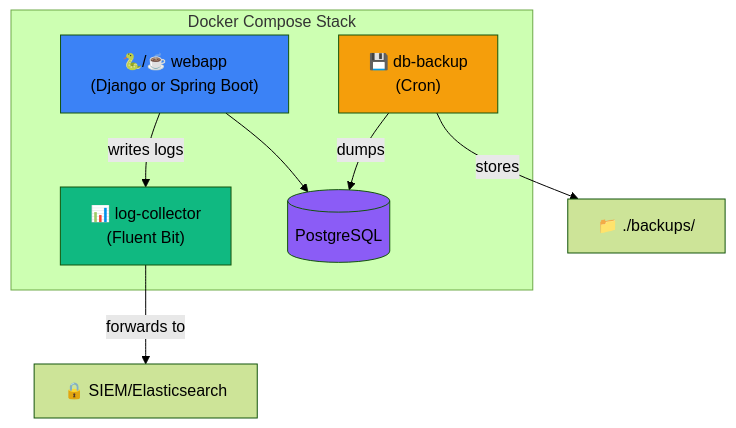
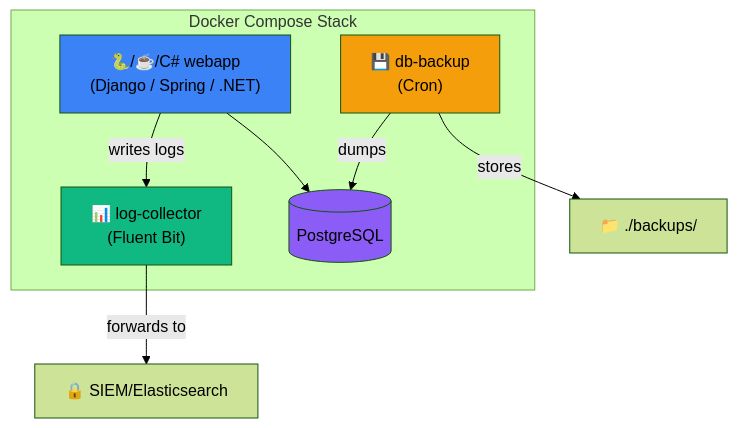
Before and after one commit to nis2shield/infrastructure: the first of 2 diagrams in README.md, drawn with Mermaid (forest theme). The commit also changed other lines of this file, not shown here.

Commit message:
docs: add .NET Shield to ecosystem diagram and related projects

````diff
--- a/README.md
+++ b/README.md
@@ -59,21 +59,21 @@
 ```mermaid
 graph TB
     subgraph Docker["Docker Compose Stack"]
-        webapp["🐍/☕ webapp<br/>(Django or Spring Boot)"]
+        webapp["🐍/☕/C# webapp<br/>(Django / Spring / .NET)"]
         logs["📊 log-collector<br/>(Fluent Bit)"]
         backup["💾 db-backup<br/>(Cron)"]
         db[(PostgreSQL)]
         
         webapp --> |writes logs| logs
         webapp --> db
         backup --> |dumps| db
     end
     
     logs --> |forwards to| SIEM["🔒 SIEM/Elasticsearch"]
     backup --> |stores| Storage["📁 ./backups/"]
     
     style webapp fill:#3b82f6
     style logs fill:#10b981
     style backup fill:#f59e0b
     style db fill:#8b5cf6
 ```
````
